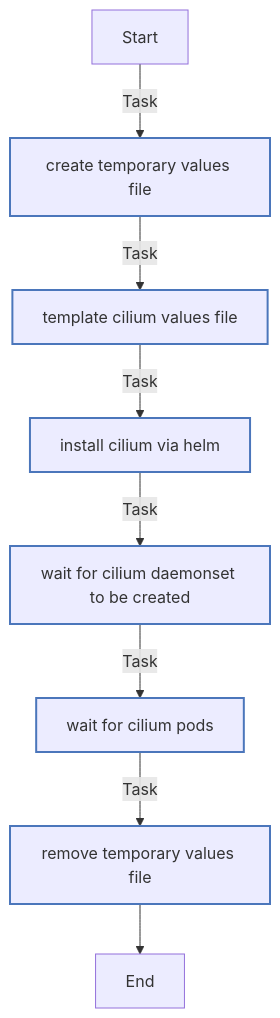
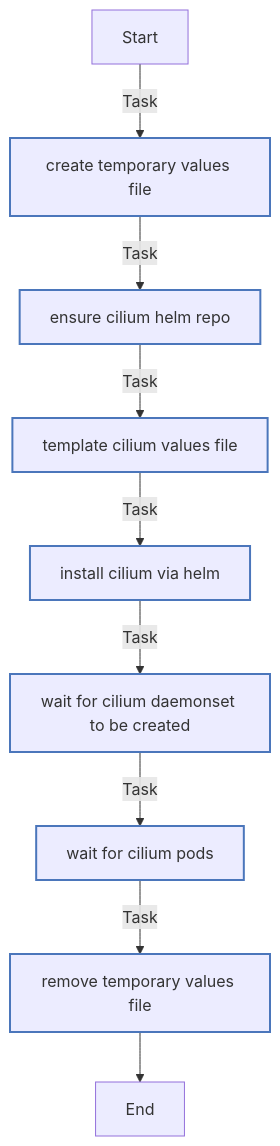
The diagram in roles/cilium/README.md (rou-cru/k3s-homelab), drawn with Mermaid before and after one commit. The commit also changed other lines of this file and 96 other files, not shown here.

````diff
--- a/roles/cilium/README.md
+++ b/roles/cilium/README.md
@@ -148,20 +151,21 @@
 ```mermaid
 flowchart TD
 Start
 classDef block stroke:#3498db,stroke-width:2px;
 classDef task stroke:#4b76bb,stroke-width:2px;
 classDef includeTasks stroke:#16a085,stroke-width:2px;
 classDef importTasks stroke:#34495e,stroke-width:2px;
 classDef includeRole stroke:#2980b9,stroke-width:2px;
 classDef importRole stroke:#699ba7,stroke-width:2px;
 classDef includeVars stroke:#8e44ad,stroke-width:2px;
 classDef rescue stroke:#665352,stroke-width:2px;
 
   Start-->|Task| Create_temporary_values_file0[create temporary values file]:::task
-  Create_temporary_values_file0-->|Task| Template_Cilium_values_file1[template cilium values file]:::task
-  Template_Cilium_values_file1-->|Task| Install_Cilium_via_Helm2[install cilium via helm]:::task
-  Install_Cilium_via_Helm2-->|Task| Wait_for_Cilium_DaemonSet_to_be_created3[wait for cilium daemonset to be created]:::task
-  Wait_for_Cilium_DaemonSet_to_be_created3-->|Task| Wait_for_cilium_pods4[wait for cilium pods]:::task
-  Wait_for_cilium_pods4-->|Task| Remove_temporary_values_file5[remove temporary values file]:::task
-  Remove_temporary_values_file5-->End
+  Create_temporary_values_file0-->|Task| Ensure_Cilium_Helm_repo1[ensure cilium helm repo]:::task
+  Ensure_Cilium_Helm_repo1-->|Task| Template_Cilium_values_file2[template cilium values file]:::task
+  Template_Cilium_values_file2-->|Task| Install_Cilium_via_Helm3[install cilium via helm]:::task
+  Install_Cilium_via_Helm3-->|Task| Wait_for_Cilium_DaemonSet_to_be_created4[wait for cilium daemonset to be created]:::task
+  Wait_for_Cilium_DaemonSet_to_be_created4-->|Task| Wait_for_cilium_pods5[wait for cilium pods]:::task
+  Wait_for_cilium_pods5-->|Task| Remove_temporary_values_file6[remove temporary values file]:::task
+  Remove_temporary_values_file6-->End
 ```
````
